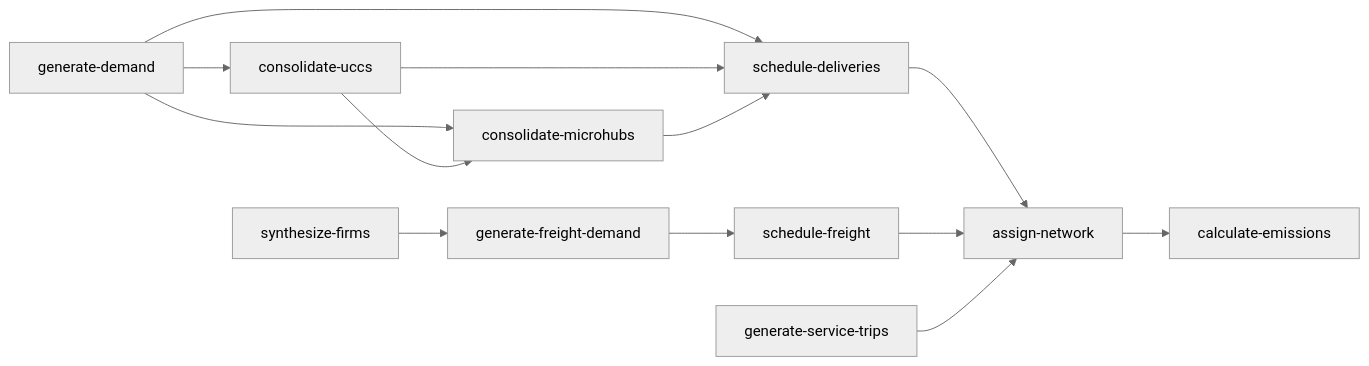
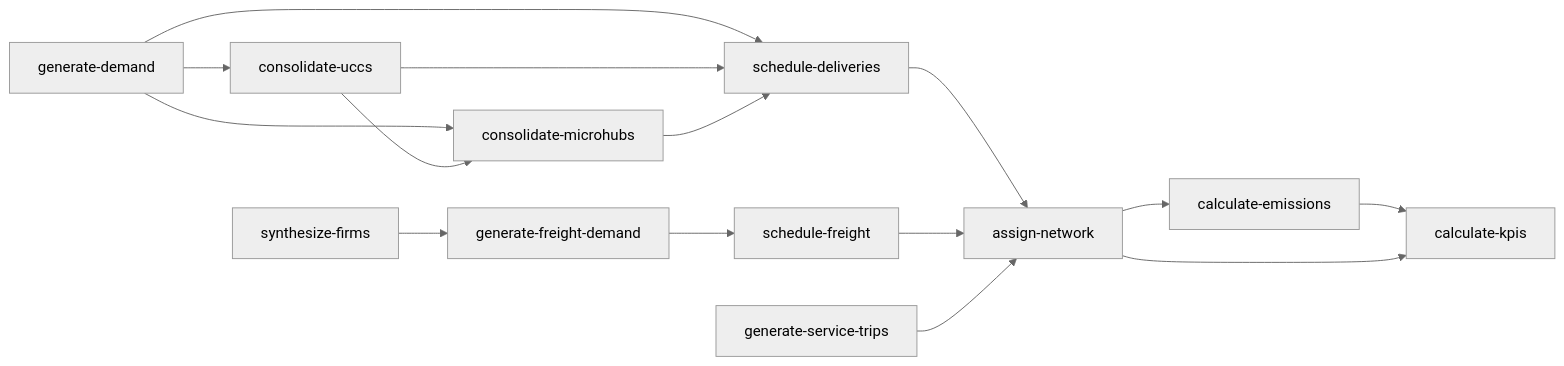
The diagram in README.md (hcubasd/urban-dollop), drawn with Mermaid (neutral theme) before and after one commit.

Commit message:
Add calculate-kpis to pipeline diagram

````diff
--- a/README.md
+++ b/README.md
@@ -22,15 +22,17 @@
 ```mermaid
 flowchart LR
     A[generate-demand] --> B[consolidate-uccs]
     A --> C[consolidate-microhubs]
     A --> D[schedule-deliveries]
     B --> C
     B --> D
     C --> D
     G[synthesize-firms] --> H[generate-freight-demand]
     H --> I[schedule-freight]
     D --> E[assign-network]
     I --> E
     J[generate-service-trips] --> E
     E --> F[calculate-emissions]
+    F --> K[calculate-kpis]
+    E --> K
 ```
````
